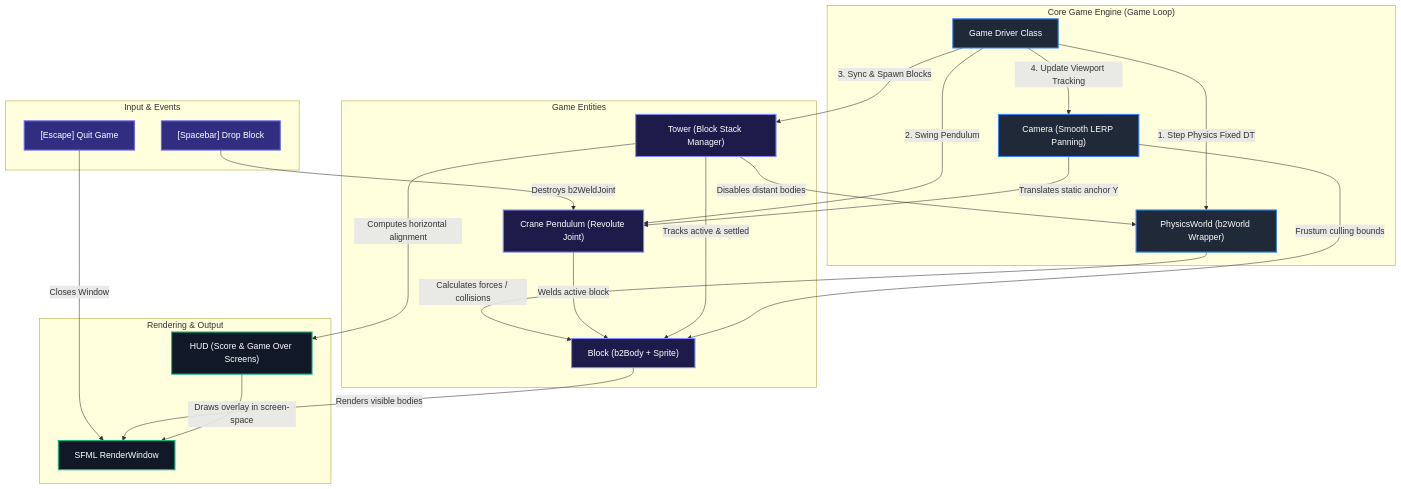
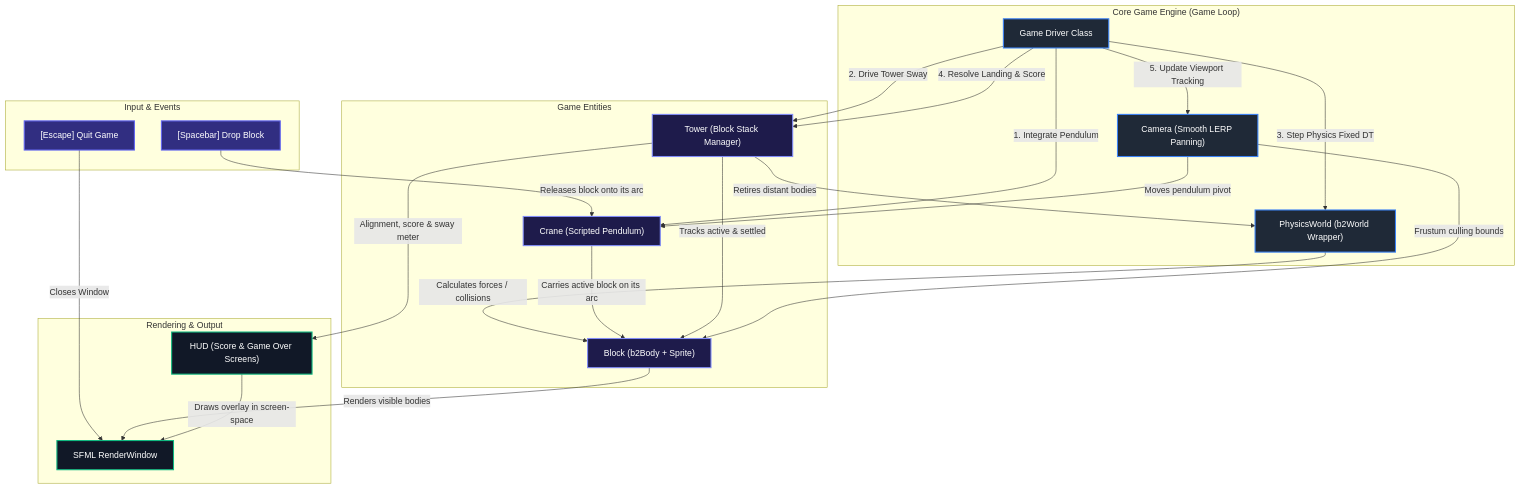
One commit to jamal474/blocks changed the diagram in README.md. Above: the diagram before and after it, drawn with Mermaid. The commit also changed other lines of this file and 19 other files, not shown here.

Commit message:
feat: pendulum fix and tower sway logic

````diff
--- a/README.md
+++ b/README.md
@@ -34,58 +34,59 @@
 ```mermaid
 flowchart TB
     %% Subgraphs for layered architecture
     subgraph InputEvent["Input & Events"]
         Space["[Spacebar] Drop Block"]
         Esc["[Escape] Quit Game"]
     end
 
     subgraph CoreEngine["Core Game Engine (Game Loop)"]
         Game["Game Driver Class"]
         PhysicsWorld["PhysicsWorld (b2World Wrapper)"]
         Camera["Camera (Smooth LERP Panning)"]
     end
 
     subgraph Entities["Game Entities"]
-        Crane["Crane Pendulum (Revolute Joint)"]
+        Crane["Crane (Scripted Pendulum)"]
         Tower["Tower (Block Stack Manager)"]
         Block["Block (b2Body + Sprite)"]
     end
 
     subgraph Renderer["Rendering & Output"]
         SFML["SFML RenderWindow"]
         HUD["HUD (Score & Game Over Screens)"]
     end
 
     %% Flows & Interactions
-    Space -->|Destroys b2WeldJoint| Crane
+    Space -->|Releases block onto its arc| Crane
     Esc -->|Closes Window| SFML
 
-    Game -->|1. Step Physics Fixed DT| PhysicsWorld
-    Game -->|2. Swing Pendulum| Crane
-    Game -->|3. Sync & Spawn Blocks| Tower
-    Game -->|4. Update Viewport Tracking| Camera
+    Game -->|1. Integrate Pendulum| Crane
+    Game -->|2. Drive Tower Sway| Tower
+    Game -->|3. Step Physics Fixed DT| PhysicsWorld
+    Game -->|4. Resolve Landing & Score| Tower
+    Game -->|5. Update Viewport Tracking| Camera
 
     PhysicsWorld -->|Calculates forces / collisions| Block
-    Crane -->|Welds active block| Block
+    Crane -->|Carries active block on its arc| Block
     Tower -->|Tracks active & settled| Block
 
     Camera -->|Frustum culling bounds| Block
-    Camera -->|Translates static anchor Y| Crane
+    Camera -->|Moves pendulum pivot| Crane
 
-    Tower -->|Computes horizontal alignment| HUD
-    Tower -->|Disables distant bodies| PhysicsWorld
+    Tower -->|Alignment, score & sway meter| HUD
+    Tower -->|Retires distant bodies| PhysicsWorld
 
     Block -->|Renders visible bodies| SFML
     HUD -->|Draws overlay in screen-space| SFML
 
     %% Styling
     classDef engine fill:#1f2937,stroke:#3b82f6,stroke-width:2px,color:#fff;
     classDef entity fill:#1e1b4b,stroke:#818cf8,stroke-width:2px,color:#fff;
     classDef input fill:#312e81,stroke:#6366f1,stroke-width:2px,color:#fff;
     classDef render fill:#111827,stroke:#10b981,stroke-width:2px,color:#fff;
 
     class Game,PhysicsWorld,Camera engine;
     class Crane,Tower,Block entity;
     class Space,Esc input;
     class SFML,HUD render;
 ```
````
